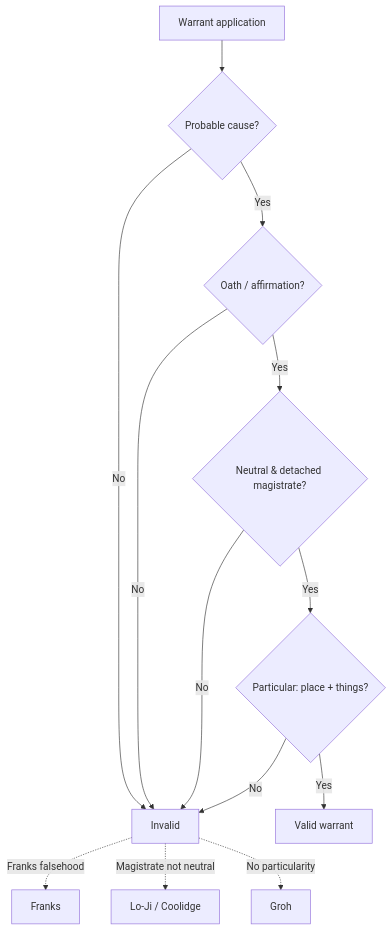
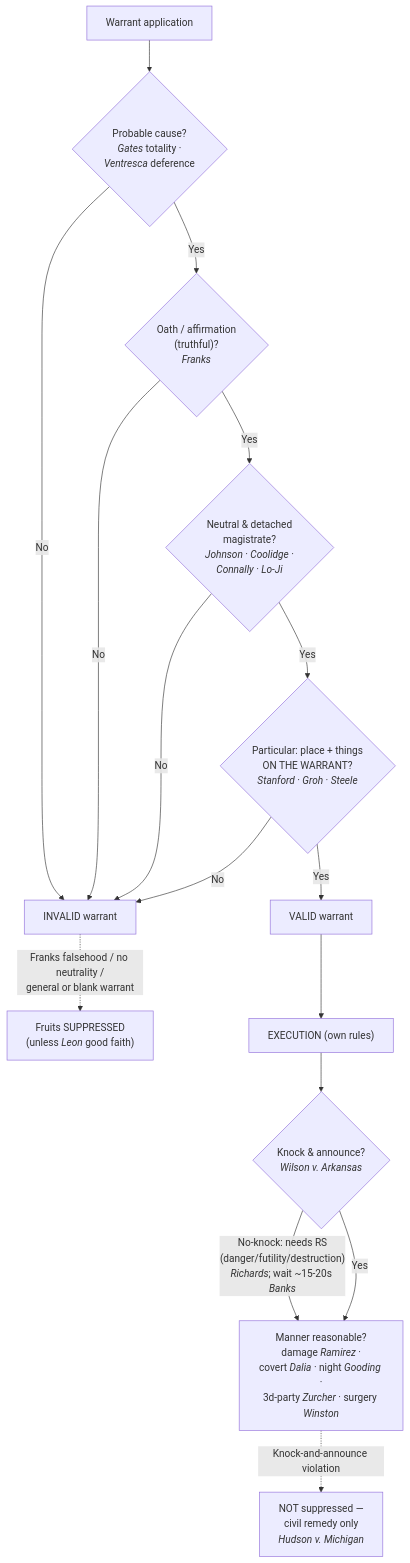
The diagram in content/6-warrant-requirement/The Warrant Requirement.md (Enragedsaturday/cssi), drawn with Mermaid before and after one commit. The commit also changed other lines of this file and 10 other files, not shown here.

````diff
--- a/content/6-warrant-requirement/The Warrant Requirement.md
+++ b/content/6-warrant-requirement/The Warrant Requirement.md
@@ -73,15 +119,18 @@
 ```mermaid
 flowchart TD
-  A[Warrant application] --> B{Probable cause?}
-  B -- No --> X[Invalid]
-  B -- Yes --> C{Oath / affirmation?}
+  A["Warrant application"] --> B{"Probable cause?<br/><i>Gates</i> totality ·<br/><i>Ventresca</i> deference"}
+  B -- No --> X["INVALID warrant"]
+  B -- Yes --> C{"Oath / affirmation<br/>(truthful)?<br/><i>Franks</i>"}
   C -- No --> X
-  C -- Yes --> D{Neutral & detached magistrate?}
+  C -- Yes --> D{"Neutral & detached<br/>magistrate?<br/><i>Johnson · Coolidge ·<br/>Connally · Lo-Ji</i>"}
   D -- No --> X
-  D -- Yes --> E{Particular: place + things?}
+  D -- Yes --> E{"Particular: place + things<br/>ON THE WARRANT?<br/><i>Stanford · Groh · Steele</i>"}
   E -- No --> X
-  E -- Yes --> V[Valid warrant]
-  X -.Franks falsehood.-> F[Franks]
-  X -.Magistrate not neutral.-> G[Lo-Ji / Coolidge]
-  X -.No particularity.-> H[Groh]
+  E -- Yes --> V["VALID warrant"]
+  V --> EX["EXECUTION (own rules)"]
+  EX --> K{"Knock & announce?<br/><i>Wilson v. Arkansas</i>"}
+  K -- "No-knock: needs RS<br/>(danger/futility/destruction)<br/><i>Richards</i>; wait ~15-20s <i>Banks</i>" --> EX2["Manner reasonable?<br/>damage <i>Ramirez</i> ·<br/>covert <i>Dalia</i> · night <i>Gooding</i> ·<br/>3d-party <i>Zurcher</i> · surgery <i>Winston</i>"]
+  K -- Yes --> EX2
+  X -. "Franks falsehood / no neutrality /<br/>general or blank warrant" .-> SUP["Fruits SUPPRESSED<br/>(unless <i>Leon</i> good faith)"]
+  EX2 -. "Knock-and-announce violation" .-> NOSUP["NOT suppressed —<br/>civil remedy only<br/><i>Hudson v. Michigan</i>"]
 ```
````
